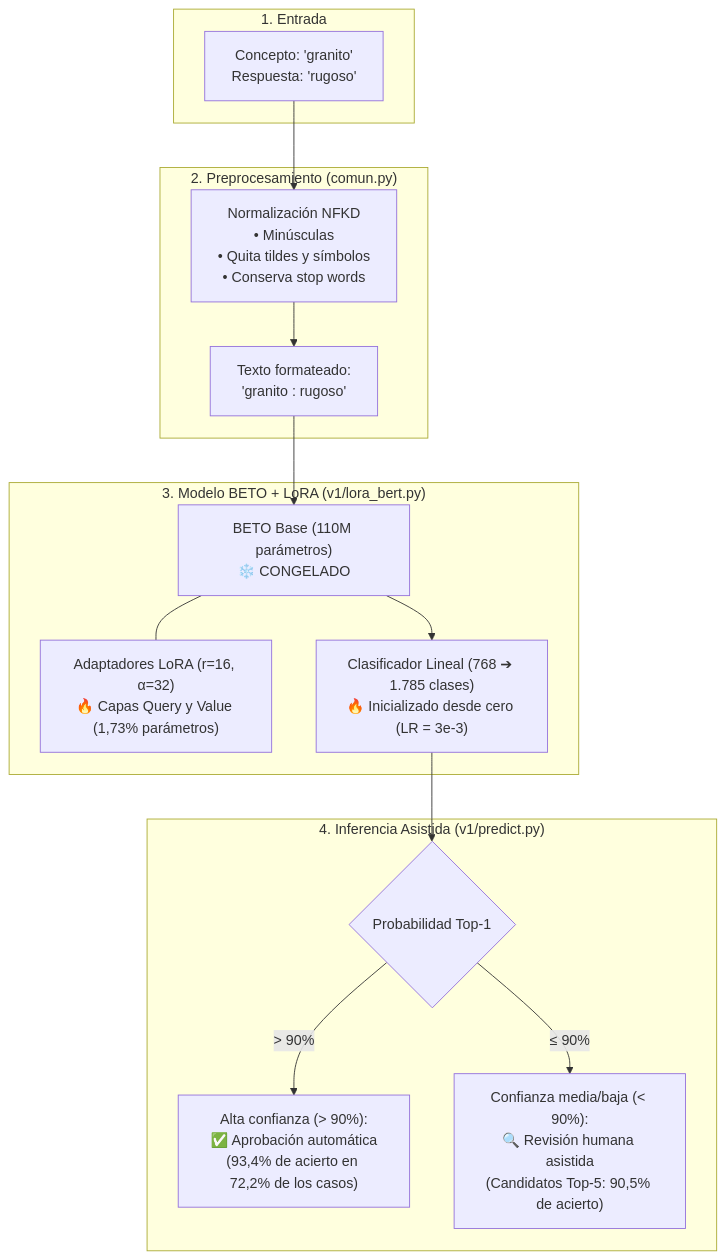
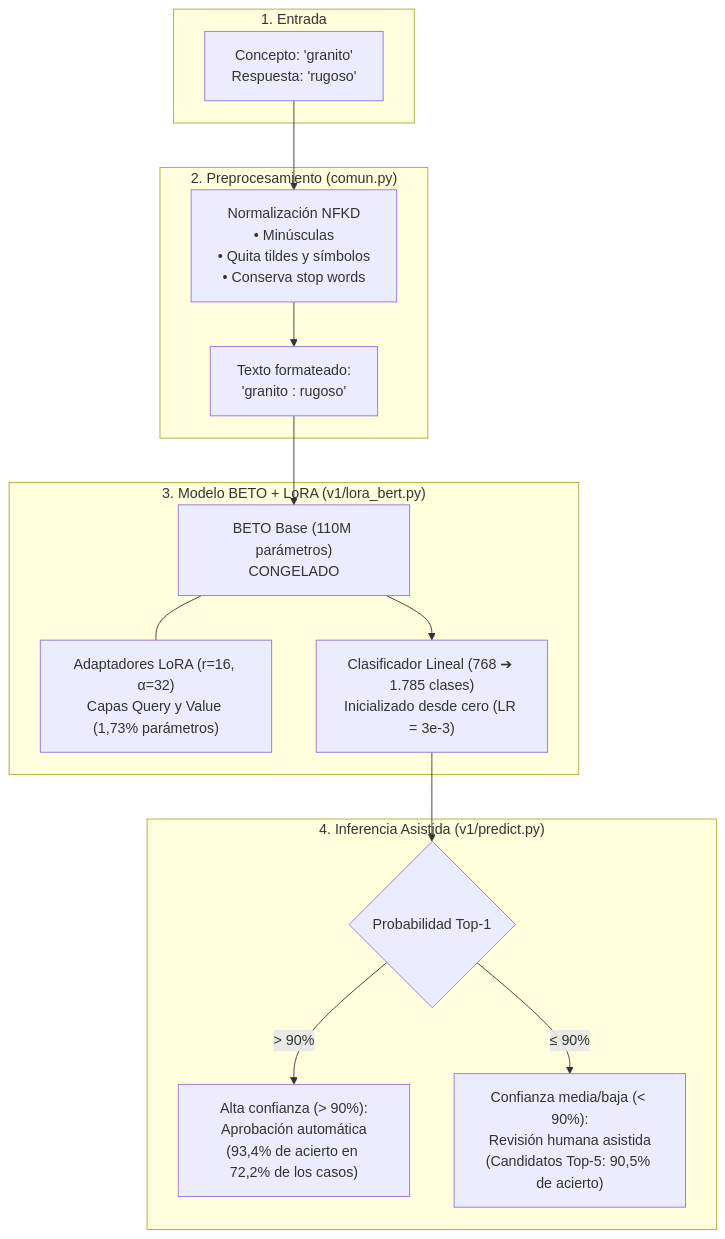
The diagram in README.md (i6naciou/proyecto-nlp), drawn with Mermaid before and after one commit.

Commit message:
actualizacion diagrama de flujo

````diff
--- a/README.md
+++ b/README.md
@@ -122,30 +122,30 @@
 ```mermaid
 flowchart TD
     subgraph Entrada["1. Entrada"]
         A["Concepto: 'granito'<br/>Respuesta: 'rugoso'"]
     end
 
     subgraph Preprocesamiento["2. Preprocesamiento (comun.py)"]
         B["Normalización NFKD<br/>• Minúsculas<br/>• Quita tildes y símbolos<br/>• Conserva stop words"]
         C["Texto formateado:<br/>'granito : rugoso'"]
         A --> B --> C
     end
 
     subgraph Arquitectura["3. Modelo BETO + LoRA (v1/lora_bert.py)"]
-        D["BETO Base (110M parámetros)<br/>❄️ CONGELADO"]
-        E["Adaptadores LoRA (r=16, α=32)<br/>🔥 Capas Query y Value (1,73% parámetros)"]
-        F["Clasificador Lineal (768 ➔ 1.785 clases)<br/>🔥 Inicializado desde cero (LR = 3e-3)"]
+        D["BETO Base (110M parámetros)<br/>CONGELADO"]
+        E["Adaptadores LoRA (r=16, α=32)<br/>Capas Query y Value (1,73% parámetros)"]
+        F["Clasificador Lineal (768 ➔ 1.785 clases)<br/>Inicializado desde cero (LR = 3e-3)"]
         C --> D
         D --- E
         D --> F
     end
 
     subgraph Salida["4. Inferencia Asistida (v1/predict.py)"]
         G{"Probabilidad Top-1"}
-        H["Alta confianza (> 90%):<br/>✅ Aprobación automática<br/>(93,4% de acierto en 72,2% de los casos)"]
-        I["Confianza media/baja (< 90%):<br/>🔍 Revisión humana asistida<br/>(Candidatos Top-5: 90,5% de acierto)"]
+        H["Alta confianza (> 90%):<br/>Aprobación automática<br/>(93,4% de acierto en 72,2% de los casos)"]
+        I["Confianza media/baja (< 90%):<br/>Revisión humana asistida<br/>(Candidatos Top-5: 90,5% de acierto)"]
         F --> G
         G -->|> 90%| H
         G -->|≤ 90%| I
     end
 ```
````
